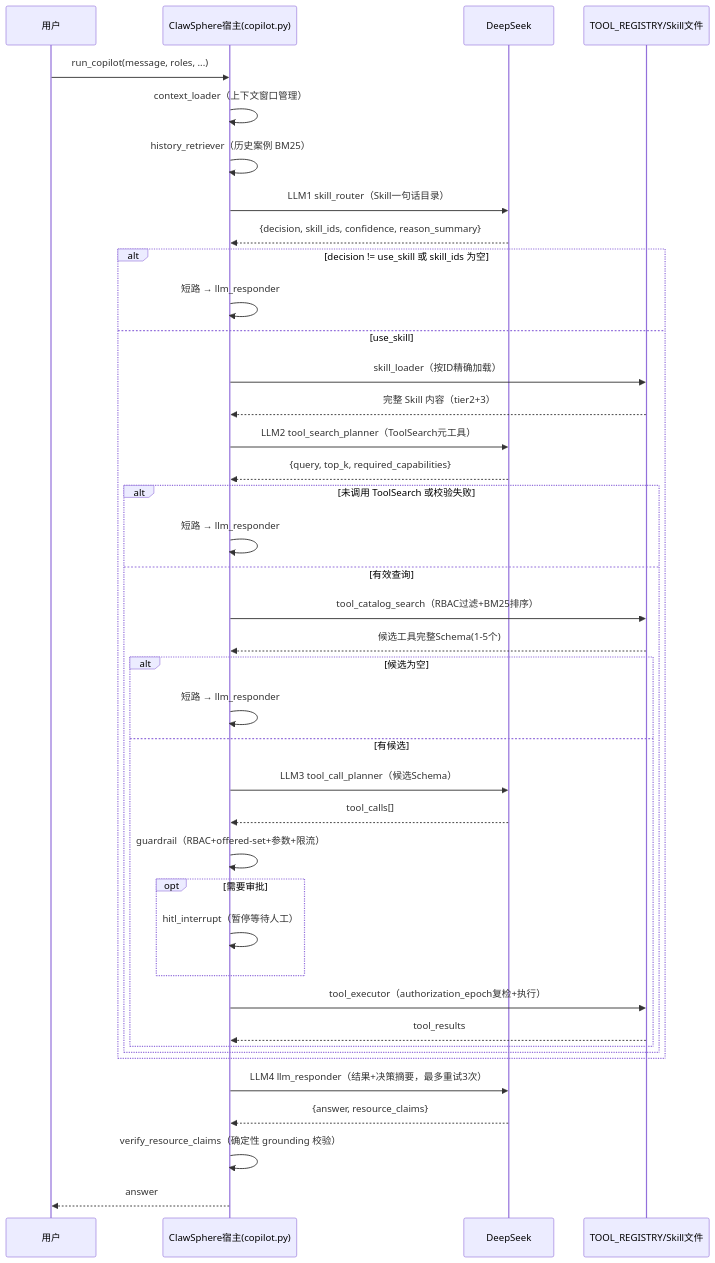
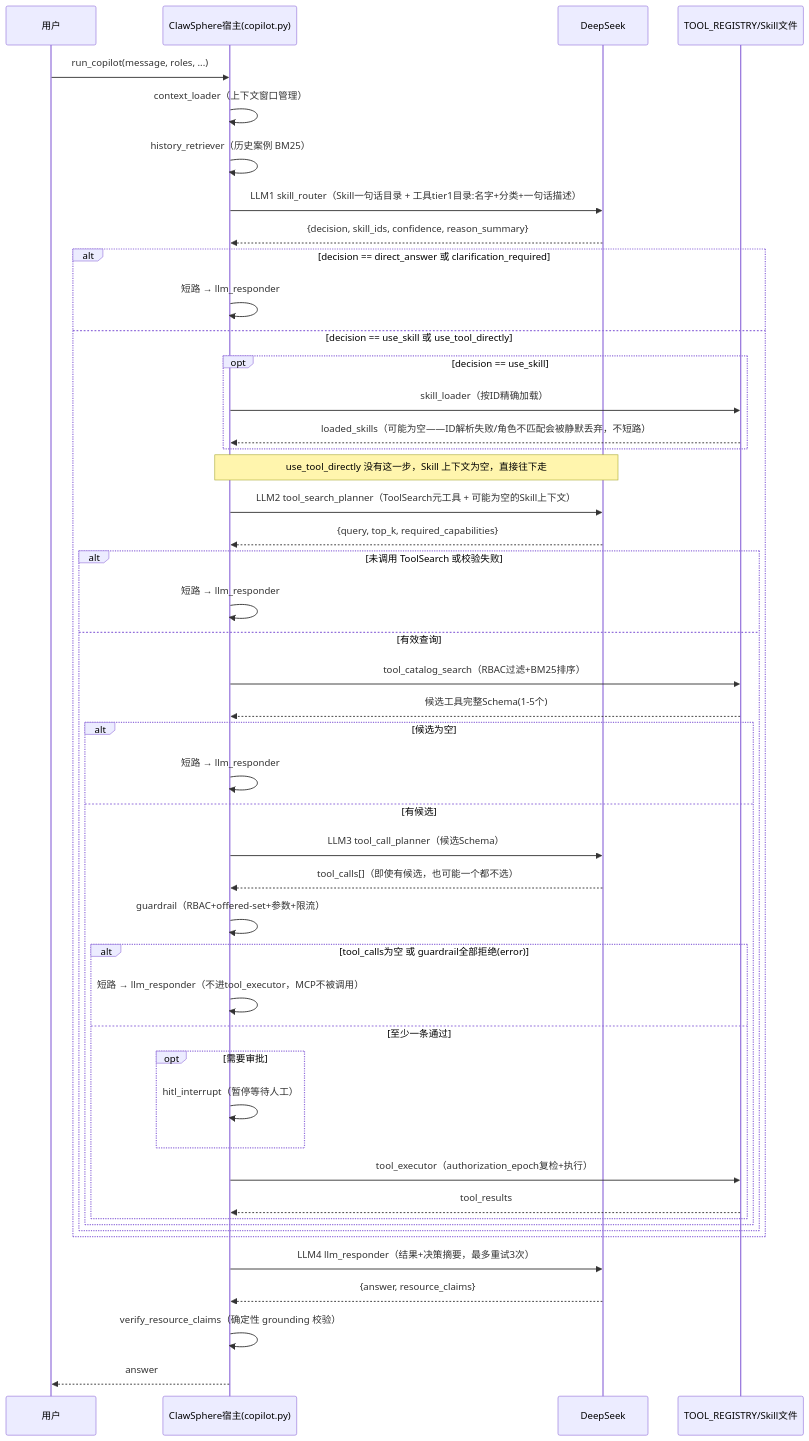
The diagram in docs/four-stage-agent-design.md (heavenhell/clawsphere), drawn with Mermaid before and after one commit. The commit also changed other lines of this file and 6 other files, not shown here.

First line of the commit message:
feat: let skill_router fall back to direct tool search when no Skill covers a request

````diff
--- a/docs/four-stage-agent-design.md
+++ b/docs/four-stage-agent-design.md
@@ -13,50 +17,57 @@
 ```mermaid
 sequenceDiagram
     participant U as 用户
     participant H as ClawSphere宿主(copilot.py)
     participant L as DeepSeek
     participant T as TOOL_REGISTRY/Skill文件
 
     U->>H: run_copilot(message, roles, ...)
     H->>H: context_loader（上下文窗口管理）
     H->>H: history_retriever（历史案例 BM25）
 
-    H->>L: LLM1 skill_router（Skill一句话目录）
+    H->>L: LLM1 skill_router（Skill一句话目录 + 工具tier1目录:名字+分类+一句话描述）
     L-->>H: {decision, skill_ids, confidence, reason_summary}
 
-    alt decision != use_skill 或 skill_ids 为空
+    alt decision == direct_answer 或 clarification_required
         H->>H: 短路 → llm_responder
-    else use_skill
-        H->>T: skill_loader（按ID精确加载）
-        T-->>H: 完整 Skill 内容（tier2+3）
+    else decision == use_skill 或 use_tool_directly
+        opt decision == use_skill
+            H->>T: skill_loader（按ID精确加载）
+            T-->>H: loaded_skills（可能为空——ID解析失败/角色不匹配会被静默丢弃，不短路）
+        end
+        note over H,L: use_tool_directly 没有这一步，Skill 上下文为空，直接往下走
 
-        H->>L: LLM2 tool_search_planner（ToolSearch元工具）
+        H->>L: LLM2 tool_search_planner（ToolSearch元工具 + 可能为空的Skill上下文）
         L-->>H: {query, top_k, required_capabilities}
 
         alt 未调用 ToolSearch 或校验失败
             H->>H: 短路 → llm_responder
         else 有效查询
             H->>T: tool_catalog_search（RBAC过滤+BM25排序）
             T-->>H: 候选工具完整Schema(1-5个)
 
             alt 候选为空
                 H->>H: 短路 → llm_responder
             else 有候选
                 H->>L: LLM3 tool_call_planner（候选Schema）
-                L-->>H: tool_calls[]
+                L-->>H: tool_calls[]（即使有候选，也可能一个都不选）
 
                 H->>H: guardrail（RBAC+offered-set+参数+限流）
-                opt 需要审批
-                    H->>H: hitl_interrupt（暂停等待人工）
+                alt tool_calls为空 或 guardrail全部拒绝(error)
+                    H->>H: 短路 → llm_responder（不进tool_executor，MCP不被调用）
+                else 至少一条通过
+                    opt 需要审批
+                        H->>H: hitl_interrupt（暂停等待人工）
+                    end
+                    H->>T: tool_executor（authorization_epoch复检+执行）
+                    T-->>H: tool_results
                 end
-                H->>T: tool_executor（authorization_epoch复检+执行）
-                T-->>H: tool_results
             end
         end
     end
 
     H->>L: LLM4 llm_responder（结果+决策摘要，最多重试3次）
     L-->>H: {answer, resource_claims}
     H->>H: verify_resource_claims（确定性 grounding 校验）
     H-->>U: answer
 ```
````
